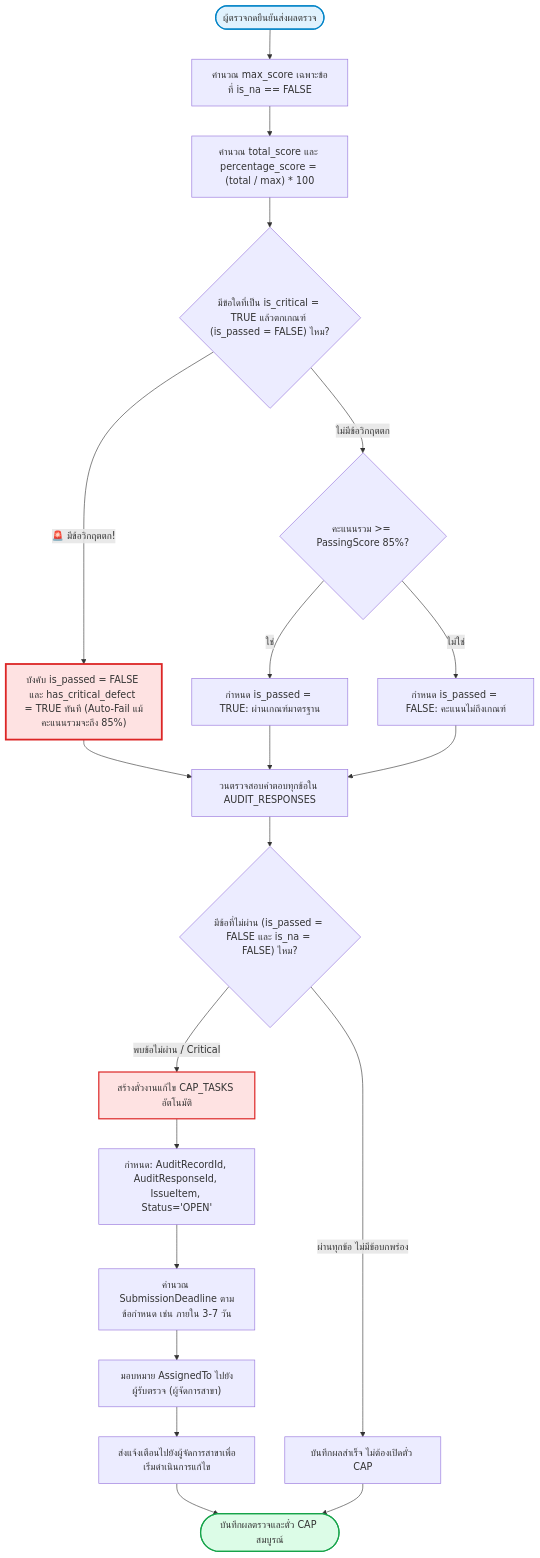
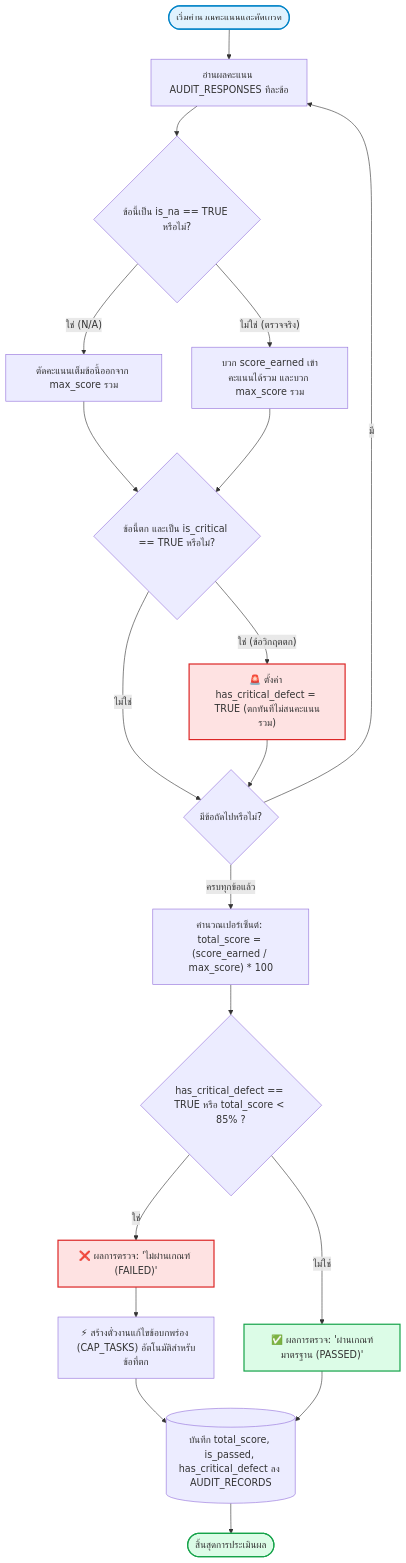
Before and after one commit to jirawat659/qsc-system: the third of 5 diagrams in SYSTEM_FLOWCHARTS.md, drawn with Mermaid. The commit also changed other lines of this file and 4 other files, not shown here.

Commit message:
docs: update PROJECT_STATUS, FLOWCHARTS, and DATA_DICTIONARY to v2.8

````diff
--- a/SYSTEM_FLOWCHARTS.md
+++ b/SYSTEM_FLOWCHARTS.md
@@ -125,38 +105,35 @@
 ```mermaid
 flowchart TD
-    SubmitTrigger(["ผู้ตรวจกดยืนยันส่งผลตรวจ"]) --> CalcDynamicMax["คำนวณ max_score เฉพาะข้อที่ is_na == FALSE"]
-    CalcDynamicMax --> CalcScore["คำนวณ total_score และ percentage_score = (total / max) * 100"]
+    CalculateStart(["เริ่มคำนวณคะแนนและตัดเกรด"]) --> LoopItems["อ่านผลคะแนน AUDIT_RESPONSES ทีละข้อ"]
     
-    CalcScore --> CheckCritical{"มีข้อใดที่เป็น is_critical = TRUE แล้วตกเกณฑ์ (is_passed = FALSE) ไหม?"}
+    LoopItems --> CheckItemNA{"ข้อนี้เป็น is_na == TRUE หรือไม่?"}
+    CheckItemNA -->|"ใช่ (N/A)"| ExcludeNA["ตัดคะแนนเต็มข้อนี้ออกจาก max_score รวม"]
+    CheckItemNA -->|"ไม่ใช่ (ตรวจจริง)"| AddScore["บวก score_earned เข้าคะแนนได้รวม และบวก max_score รวม"]
     
-    CheckCritical -->|"🚨 มีข้อวิกฤตตก!"| ForceFail["บังคับ is_passed = FALSE และ has_critical_defect = TRUE ทันที (Auto-Fail แม้คะแนนรวมจะถึง 85%)"]
+    ExcludeNA --> CheckCritical{"ข้อนี้ตก และเป็น is_critical == TRUE หรือไม่?"}
+    AddScore --> CheckCritical
     
-    CheckCritical -->|"ไม่มีข้อวิกฤตตก"| CheckPassingPercent{"คะแนนรวม >= PassingScore 85%?"}
+    CheckCritical -->|"ใช่ (ข้อวิกฤตตก)"| FlagCritical["🚨 ตั้งค่า has_critical_defect = TRUE (ตกทันทีไม่สนคะแนนรวม)"]
+    CheckCritical -->|"ไม่ใช่"| CheckNext{"มีข้อถัดไปหรือไม่?"}
+    FlagCritical --> CheckNext
     
-    CheckPassingPercent -->|"ใช่"| PassAudit["กำหนด is_passed = TRUE: ผ่านเกณฑ์มาตรฐาน"]
-    CheckPassingPercent -->|"ไม่ใช่"| NormalFail["กำหนด is_passed = FALSE: คะแนนไม่ถึงเกณฑ์"]
+    CheckNext -->|"มี"| LoopItems
+    CheckNext -->|"ครบทุกข้อแล้ว"| CalcPercent["คำนวณเปอร์เซ็นต์: total_score = (score_earned / max_score) * 100"]
     
-    ForceFail --> IterateResponses["วนตรวจสอบคำตอบทุกข้อใน AUDIT_RESPONSES"]
-    PassAudit --> IterateResponses
-    NormalFail --> IterateResponses
+    CalcPercent --> EvaluatePassing{"has_critical_defect == TRUE หรือ total_score < 85% ?"}
     
-    IterateResponses --> CheckDefect{"มีข้อที่ไม่ผ่าน (is_passed = FALSE และ is_na = FALSE) ไหม?"}
+    EvaluatePassing -->|"ใช่"| ResultFailed["❌ ผลการตรวจ: 'ไม่ผ่านเกณฑ์ (FAILED)'"]
+    EvaluatePassing -->|"ไม่ใช่"| ResultPassed["✅ ผลการตรวจ: 'ผ่านเกณฑ์มาตรฐาน (PASSED)'"]
     
-    CheckDefect -->|"ผ่านทุกข้อ ไม่มีข้อบกพร่อง"| NoCap["บันทึกผลสำเร็จ ไม่ต้องเปิดตั๋ว CAP"]
+    ResultFailed --> AutoCAP["⚡ สร้างตั๋วงานแก้ไขข้อบกพร่อง (CAP_TASKS) อัตโนมัติสำหรับข้อที่ตก"]
+    AutoCAP --> SaveRecord[("บันทึก total_score, is_passed, has_critical_defect ลง AUDIT_RECORDS")]
+    ResultPassed --> SaveRecord
     
-    CheckDefect -->|"พบข้อไม่ผ่าน / Critical"| AutoCreateCap["สร้างตั๋วงานแก้ไข CAP_TASKS อัตโนมัติ"]
-    
-    AutoCreateCap --> SetCapFields["กำหนด: AuditRecordId, AuditResponseId, IssueItem, Status='OPEN'"]
-    SetCapFields --> SetDeadline["คำนวณ SubmissionDeadline ตามข้อกำหนด เช่น ภายใน 3-7 วัน"]
-    SetDeadline --> AssignStore["มอบหมาย AssignedTo ไปยังผู้รับตรวจ (ผู้จัดการสาขา)"]
-    
-    AssignStore --> NotifyAuditee["ส่งแจ้งเตือนไปยังผู้จัดการสาขาเพื่อเริ่มดำเนินการแก้ไข"]
-    
-    NotifyAuditee --> EndCapTrigger(["บันทึกผลตรวจและตั๋ว CAP สมบูรณ์"])
-    NoCap --> EndCapTrigger
+    SaveRecord --> EndCalc(["สิ้นสุดการประเมินผล"])
 
-    style SubmitTrigger fill:#e0f2fe,stroke:#0284c7,stroke-width:2px
-    style ForceFail fill:#fee2e2,stroke:#dc2626,stroke-width:3px
-    style AutoCreateCap fill:#fee2e2,stroke:#dc2626,stroke-width:2px
-    style EndCapTrigger fill:#dcfce7,stroke:#16a34a,stroke-width:2px
+    style CalculateStart fill:#e0f2fe,stroke:#0284c7,stroke-width:2px
+    style FlagCritical fill:#fee2e2,stroke:#dc2626,stroke-width:2px
+    style ResultFailed fill:#fee2e2,stroke:#dc2626,stroke-width:2px
+    style ResultPassed fill:#dcfce7,stroke:#16a34a,stroke-width:2px
+    style EndCalc fill:#dcfce7,stroke:#16a34a,stroke-width:2px
 ```
````
